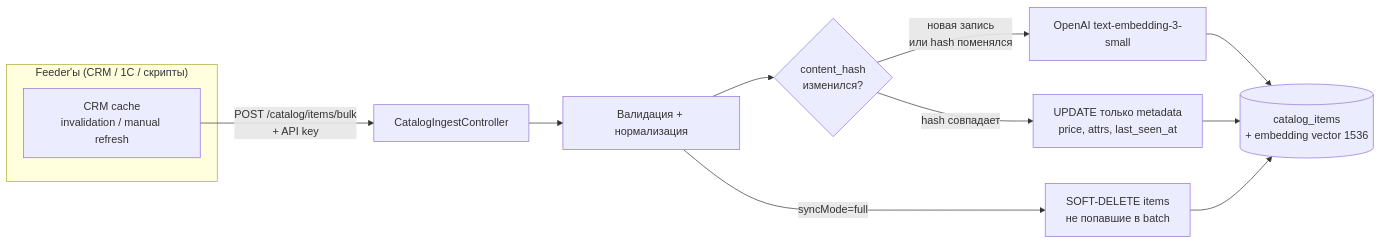
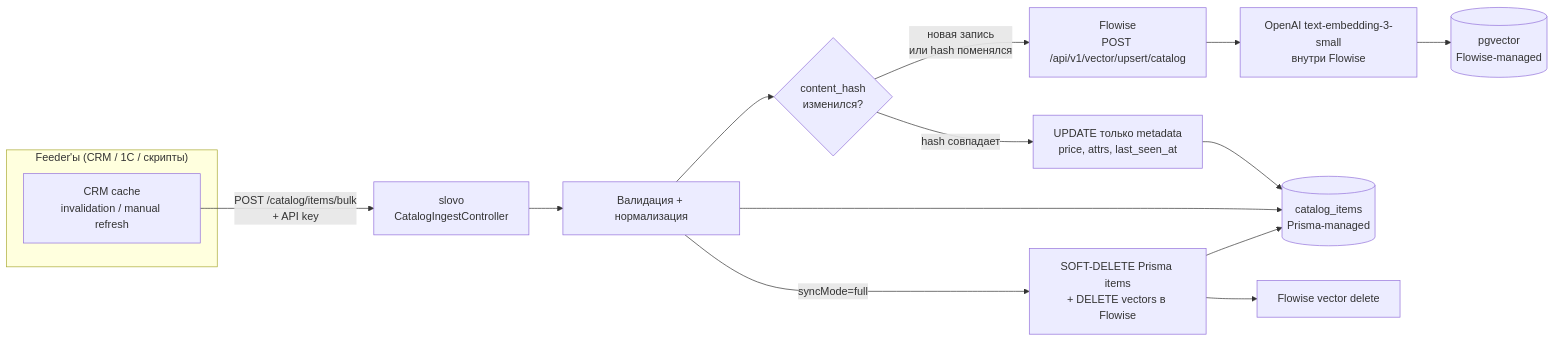
Before and after one commit to Pelmenya/slovo: the first of 3 diagrams in docs/features/vision-catalog-search.md, drawn with Mermaid. The commit also changed other lines of this file and 6 other files, not shown here.

````diff
--- a/docs/features/vision-catalog-search.md
+++ b/docs/features/vision-catalog-search.md
@@ -87,16 +110,19 @@
 ```mermaid
 flowchart LR
     subgraph external["Feeder'ы (CRM / 1C / скрипты)"]
         FEEDER[CRM cache<br/>invalidation / manual refresh]
     end
 
-    FEEDER -->|POST /catalog/items/bulk<br/>+ API key| API[CatalogIngestController]
+    FEEDER -->|POST /catalog/items/bulk<br/>+ API key| API[slovo<br/>CatalogIngestController]
     API --> PARSE[Валидация + нормализация]
     PARSE --> DIFF{content_hash<br/>изменился?}
-    DIFF -->|новая запись<br/>или hash поменялся| EMBED[OpenAI text-embedding-3-small]
-    EMBED --> DB[(catalog_items<br/>+ embedding vector 1536)]
+    DIFF -->|новая запись<br/>или hash поменялся| FWUP[Flowise<br/>POST /api/v1/vector/upsert/catalog]
+    FWUP --> EMBED[OpenAI text-embedding-3-small<br/>внутри Flowise]
+    EMBED --> VSTORE[(pgvector<br/>Flowise-managed)]
     DIFF -->|hash совпадает| META[UPDATE только metadata<br/>price, attrs, last_seen_at]
-    META --> DB
-    PARSE -->|syncMode=full| GC[SOFT-DELETE items<br/>не попавшие в batch]
-    GC --> DB
+    META --> META_DB[(catalog_items<br/>Prisma-managed)]
+    PARSE --> META_DB
+    PARSE -->|syncMode=full| GC[SOFT-DELETE Prisma items<br/>+ DELETE vectors в Flowise]
+    GC --> META_DB
+    GC --> FWDEL[Flowise vector delete]
 ```
````
